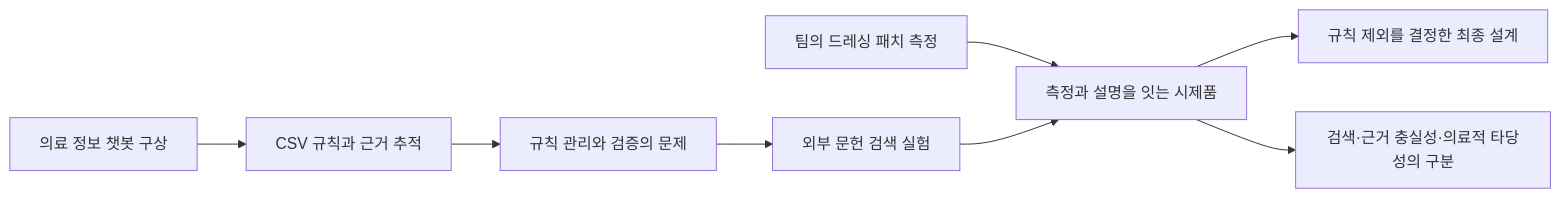
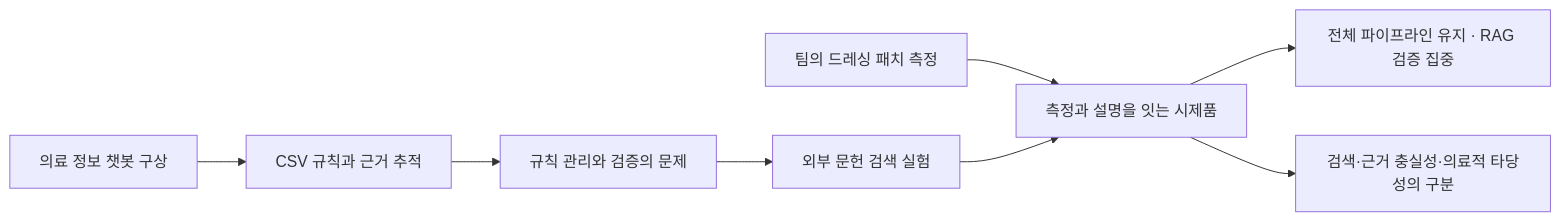
The first of 2 diagrams in 진심탐_종합_탐구보고서.md (Hwrette/MedicalRAG), drawn with Mermaid before and after one commit. The commit also changed other lines of this file, not shown here.

Commit message:
docs: clarify retained medical pipeline and RAG-focused verification

````diff
--- a/진심탐_종합_탐구보고서.md
+++ b/진심탐_종합_탐구보고서.md
@@ -22,10 +22,10 @@
 ```mermaid
 flowchart LR
  A[의료 정보 챗봇 구상] --> B[CSV 규칙과 근거 추적]
  B --> C[규칙 관리와 검증의 문제]
  C --> D[외부 문헌 검색 실험]
  E[팀의 드레싱 패치 측정] --> F[측정과 설명을 잇는 시제품]
  D --> F
- F --> G[규칙 제외를 결정한 최종 설계]
+ F --> G[전체 파이프라인 유지 · RAG 검증 집중]
  F --> H[검색·근거 충실성·의료적 타당성의 구분]
 ```
````
